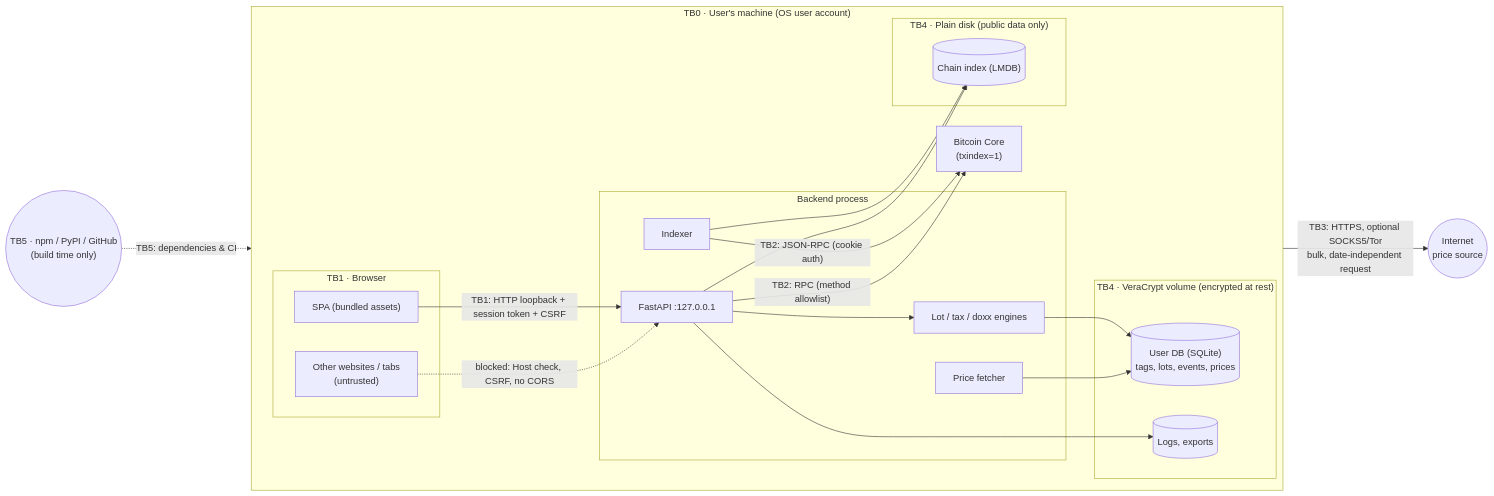
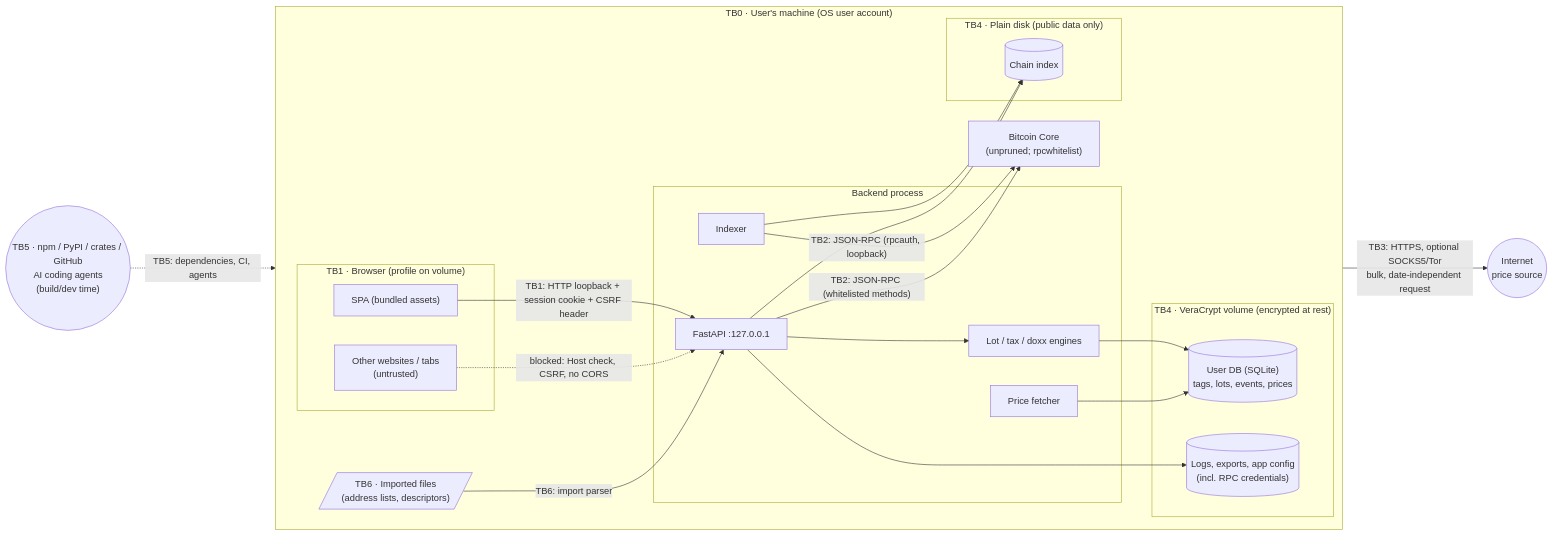
One commit to kristovatlas/coin-accounting changed the diagram in docs/THREAT_MODEL.md. Above: the diagram before and after it, drawn with Mermaid. The commit also changed other lines of this file, not shown here.

Commit message:
Threat model v0.3: address Fable 5.1 and Codex review findings

````diff
--- a/docs/THREAT_MODEL.md
+++ b/docs/THREAT_MODEL.md
@@ -37,39 +38,41 @@
 ```mermaid
 flowchart LR
   subgraph TB0["TB0 · User's machine (OS user account)"]
     direction LR
-    subgraph TB1["TB1 · Browser"]
+    subgraph TB1["TB1 · Browser (profile on volume)"]
       UI["SPA (bundled assets)"]
       OtherTabs["Other websites / tabs<br/>(untrusted)"]
     end
+    FILES[/"TB6 · Imported files<br/>(address lists, descriptors)"/]
     subgraph APP["Backend process"]
       API["FastAPI :127.0.0.1"]
       IDX["Indexer"]
       TAX["Lot / tax / doxx engines"]
       PRC["Price fetcher"]
     end
     subgraph TB4V["TB4 · VeraCrypt volume (encrypted at rest)"]
       UDB[("User DB (SQLite)<br/>tags, lots, events, prices")]
-      LOGS[("Logs, exports")]
+      LOGS[("Logs, exports, app config<br/>(incl. RPC credentials)")]
     end
     subgraph TB4P["TB4 · Plain disk (public data only)"]
-      CIDX[("Chain index (LMDB)")]
+      CIDX[("Chain index")]
     end
-    NODE["Bitcoin Core<br/>(txindex=1)"]
+    NODE["Bitcoin Core<br/>(unpruned; rpcwhitelist)"]
   end
   NET(("Internet<br/>price source"))
-  SUPPLY(("TB5 · npm / PyPI / GitHub<br/>(build time only)"))
+  SUPPLY(("TB5 · npm / PyPI / crates / GitHub<br/>AI coding agents<br/>(build/dev time)"))
 
-  UI -- "TB1: HTTP loopback + session token + CSRF" --> API
+  UI -- "TB1: HTTP loopback + session cookie + CSRF header" --> API
   OtherTabs -. "blocked: Host check, CSRF, no CORS" .-> API
+  FILES -- "TB6: import parser" --> API
   API --> TAX
   TAX --> UDB
   API --> LOGS
-  IDX -- "TB2: JSON-RPC (cookie auth)" --> NODE
-  API -- "TB2: RPC (method allowlist)" --> NODE
+  IDX -- "TB2: JSON-RPC (rpcauth, loopback)" --> NODE
+  API -- "TB2: JSON-RPC (whitelisted methods)" --> NODE
   IDX --> CIDX
   API --> CIDX
   PRC -- "TB3: HTTPS, optional SOCKS5/Tor<br/>bulk, date-independent request" --> NET
   PRC --> UDB
-  SUPPLY -. "TB5: dependencies & CI" .-> APP
+  SUPPLY -. "TB5: dependencies, CI, agents" .-> APP
 ```
````
